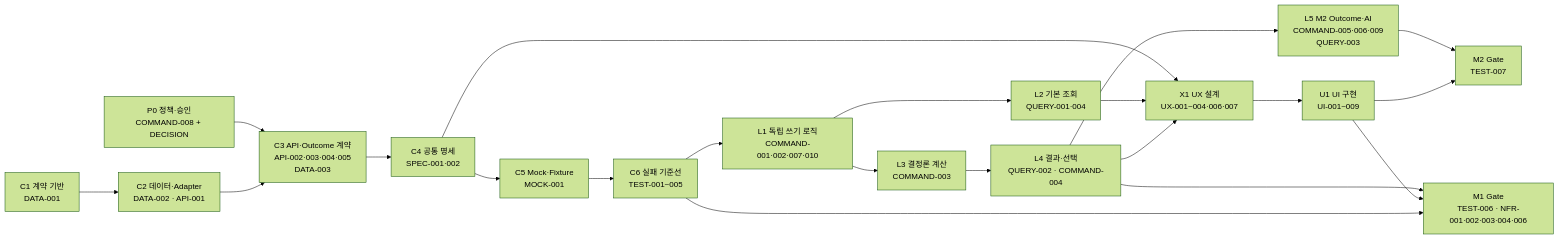
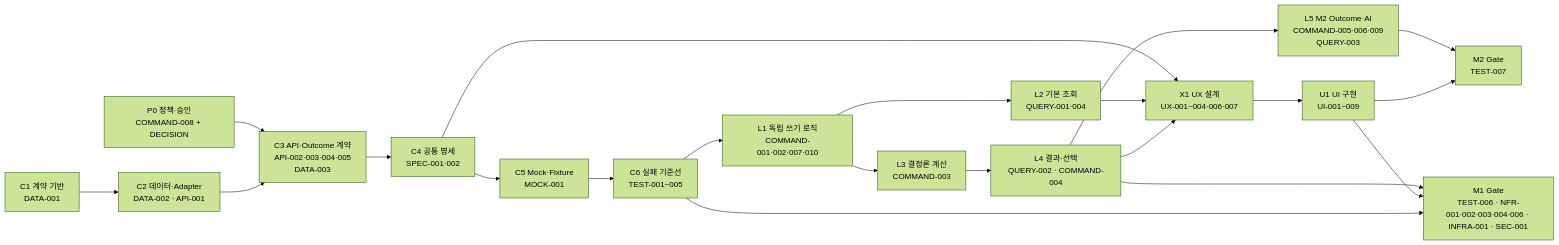
One commit to jennie-brain/CardFit-prd-to-srs changed the first of 2 diagrams in TASK/task1/03_병렬실행_Gantt_로드맵.md. Above: the diagram before and after it, drawn with Mermaid (forest theme). The commit also changed other lines of this file and 6 other files, not shown here.

First line of the commit message:
docs: unify TASK baseline to 54 and sync gantt/wave with INFRA-001, SEC-001

````diff
--- a/TASK/task1/03_병렬실행_Gantt_로드맵.md
+++ b/TASK/task1/03_병렬실행_Gantt_로드맵.md
@@ -11,40 +11,40 @@
 ```mermaid
 flowchart LR
   P["P0 정책·승인<br/>COMMAND-008 + DECISION"]
   C["C1 계약 기반<br/>DATA-001"]
   D["C2 데이터·Adapter<br/>DATA-002 · API-001"]
   A["C3 API·Outcome 계약<br/>API-002·003·004·005<br/>DATA-003"]
   S["C4 공통 명세<br/>SPEC-001·002"]
   M["C5 Mock·Fixture<br/>MOCK-001"]
   T["C6 실패 기준선<br/>TEST-001~005"]
   L["L1 독립 쓰기 로직<br/>COMMAND-001·002·007·010"]
   R["L2 기본 조회<br/>QUERY-001·004"]
   K["L3 결정론 계산<br/>COMMAND-003"]
   V["L4 결과·선택<br/>QUERY-002 · COMMAND-004"]
   O["L5 M2 Outcome·AI<br/>COMMAND-005·006·009<br/>QUERY-003"]
   X["X1 UX 설계<br/>UX-001~004·006·007"]
   U["U1 UI 구현<br/>UI-001~009"]
-  G1["M1 Gate<br/>TEST-006 · NFR-001·002·003·004·006"]
+  G1["M1 Gate<br/>TEST-006 · NFR-001·002·003·004·006 · INFRA-001 · SEC-001"]
   G2["M2 Gate<br/>TEST-007"]
 
   P --> A
   C --> D
   D --> A
   A --> S
   S --> M
   M --> T
   T --> L
   L --> K
   L --> R
   K --> V
   V --> O
   S --> X
   R --> X
   V --> X
   X --> U
   V --> G1
   U --> G1
   T --> G1
   O --> G2
   U --> G2
 ```
````
